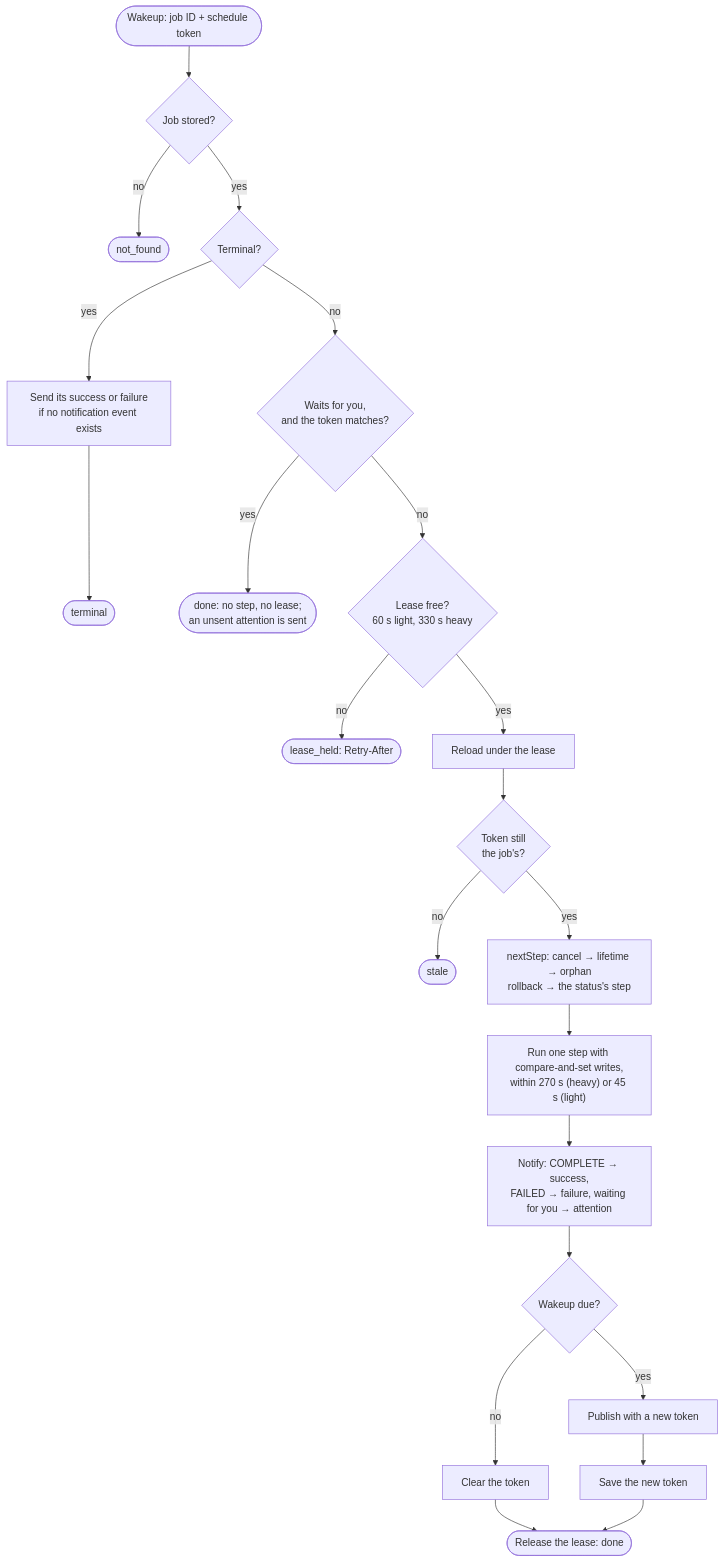
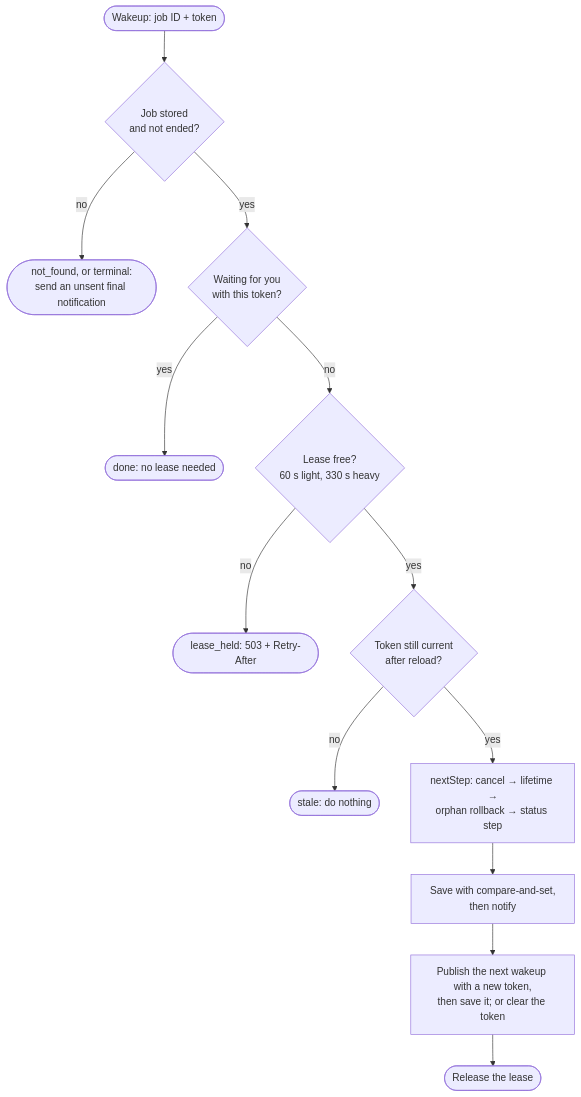
Before and after one commit to itemka/nodejs-backend-mastery: the third of 6 diagrams in workspaces/apps/notion-backup-automation/docs/backup-lifecycle.md, drawn with Mermaid. The commit also changed other lines of this file and 6 other files, not shown here.

````diff
--- a/workspaces/apps/notion-backup-automation/docs/backup-lifecycle.md
+++ b/workspaces/apps/notion-backup-automation/docs/backup-lifecycle.md
@@ -14,24 +74,15 @@
 ```mermaid
 flowchart TD
-  Wakeup([Wakeup: job ID + schedule token]) --> Load{Job stored?}
-  Load -->|no| NotFound([not_found])
-  Load -->|yes| Ended{Terminal?}
-  Ended -->|yes| Recover[Send its success or failure<br/>if no notification event exists]
-  Recover --> Terminal([terminal])
-  Ended -->|no| Idle{Waits for you,<br/>and the token matches?}
-  Idle -->|yes| Noop([done: no step, no lease;<br/>an unsent attention is sent])
+  Wakeup([Wakeup: job ID + token]) --> Load{Job stored<br/>and not ended?}
+  Load -->|no| Gone([not_found, or terminal:<br/>send an unsent final notification])
+  Load -->|yes| Idle{Waiting for you<br/>with this token?}
+  Idle -->|yes| Noop([done: no lease needed])
   Idle -->|no| Lease{Lease free?<br/>60 s light, 330 s heavy}
-  Lease -->|no| Held([lease_held: Retry-After])
-  Lease -->|yes| Reload[Reload under the lease]
-  Reload --> Token{Token still<br/>the job's?}
-  Token -->|no| Stale([stale])
-  Token -->|yes| Step["nextStep: cancel → lifetime → orphan<br/>rollback → the status's step"]
-  Step --> Run["Run one step with compare-and-set writes,<br/>within 270 s (heavy) or 45 s (light)"]
-  Run --> Notify["Notify: COMPLETE → success,<br/>FAILED → failure, waiting for you → attention"]
-  Notify --> Due{Wakeup due?}
-  Due -->|no| Clear[Clear the token]
-  Due -->|yes| Publish[Publish with a new token]
-  Publish --> Save[Save the new token]
-  Clear --> Release([Release the lease: done])
-  Save --> Release
+  Lease -->|no| Held([lease_held: 503 + Retry-After])
+  Lease -->|yes| Token{Token still current<br/>after reload?}
+  Token -->|no| Stale([stale: do nothing])
+  Token -->|yes| Step["nextStep: cancel → lifetime →<br/>orphan rollback → status step"]
+  Step --> Notify[Save with compare-and-set,<br/>then notify]
+  Notify --> Next[Publish the next wakeup with a new token,<br/>then save it; or clear the token]
+  Next --> Done([Release the lease])
 ```
````
